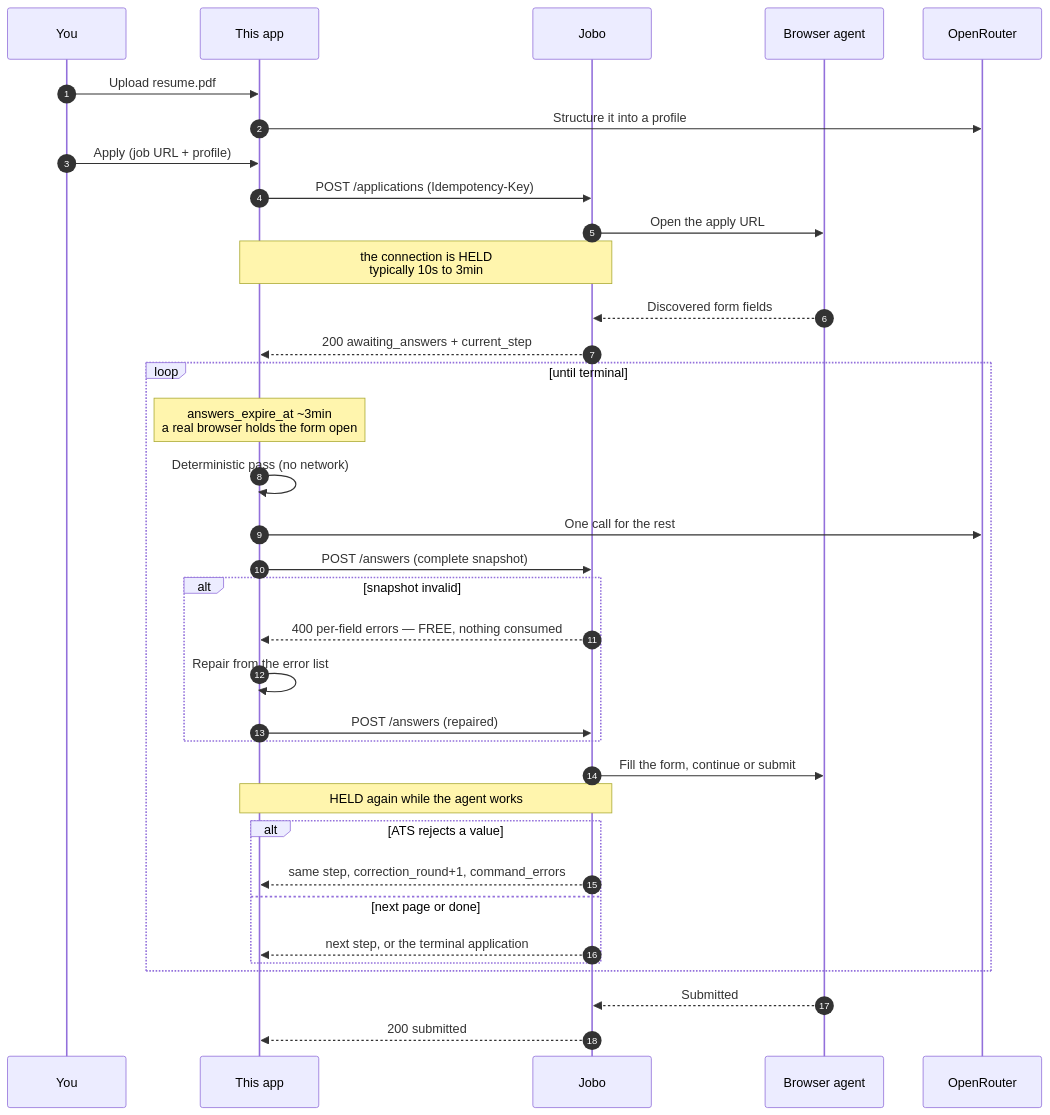
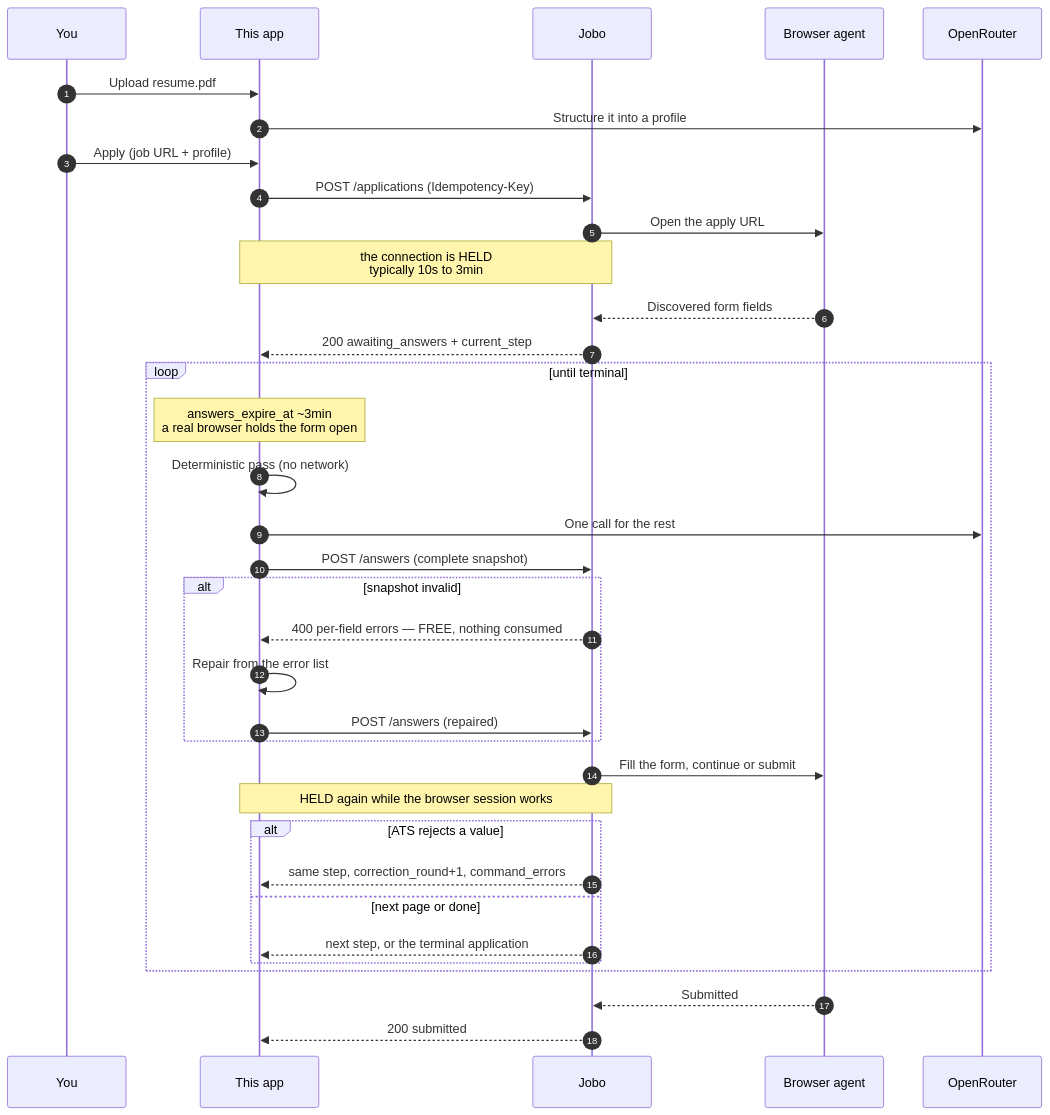
One commit to JoboAI/jobo-auto-apply-example changed the diagram in README.md. Above: the diagram before and after it, drawn with Mermaid. The commit also changed other lines of this file and 6 other files, not shown here.

````diff
--- a/README.md
+++ b/README.md
@@ -27,41 +27,41 @@
 ```mermaid
 sequenceDiagram
     autonumber
     participant U as You
     participant A as This app
     participant J as Jobo
     participant B as Browser agent
     participant O as OpenRouter
 
     U->>A: Upload resume.pdf
     A->>O: Structure it into a profile
     U->>A: Apply (job URL + profile)
 
     A->>J: POST /applications (Idempotency-Key)
     J->>B: Open the apply URL
     Note over A,J: the connection is HELD<br/>typically 10s to 3min
     B-->>J: Discovered form fields
     J-->>A: 200 awaiting_answers + current_step
 
     loop until terminal
       Note over A: answers_expire_at ~3min<br/>a real browser holds the form open
       A->>A: Deterministic pass (no network)
       A->>O: One call for the rest
       A->>J: POST /answers (complete snapshot)
       alt snapshot invalid
         J-->>A: 400 per-field errors — FREE, nothing consumed
         A->>A: Repair from the error list
         A->>J: POST /answers (repaired)
       end
       J->>B: Fill the form, continue or submit
-      Note over A,J: HELD again while the agent works
+      Note over A,J: HELD again while the browser session works
       alt ATS rejects a value
         J-->>A: same step, correction_round+1, command_errors
       else next page or done
         J-->>A: next step, or the terminal application
       end
     end
 
     B-->>J: Submitted
     J-->>A: 200 submitted
 ```
````
